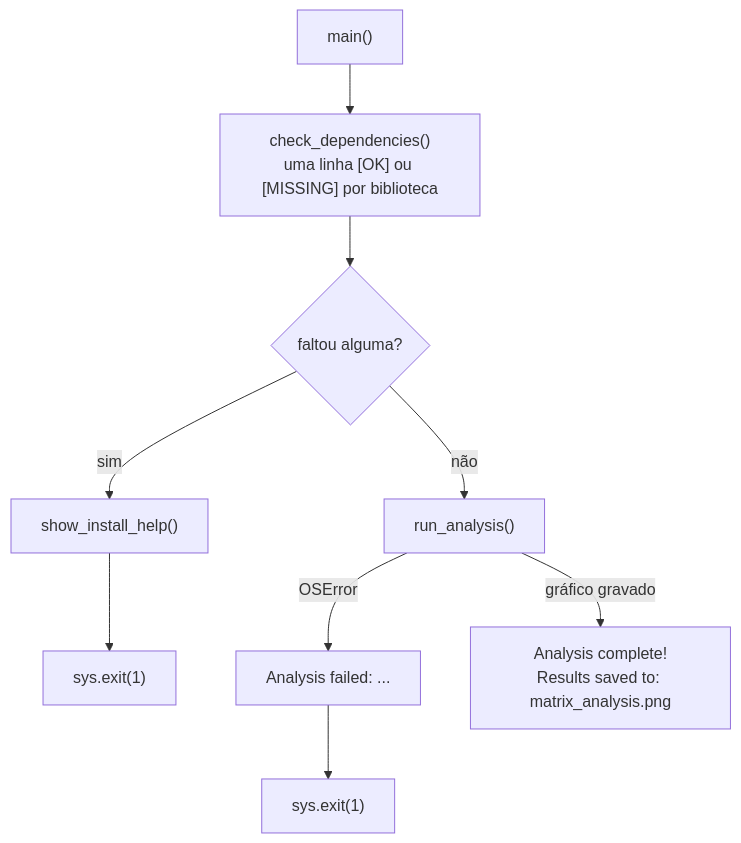
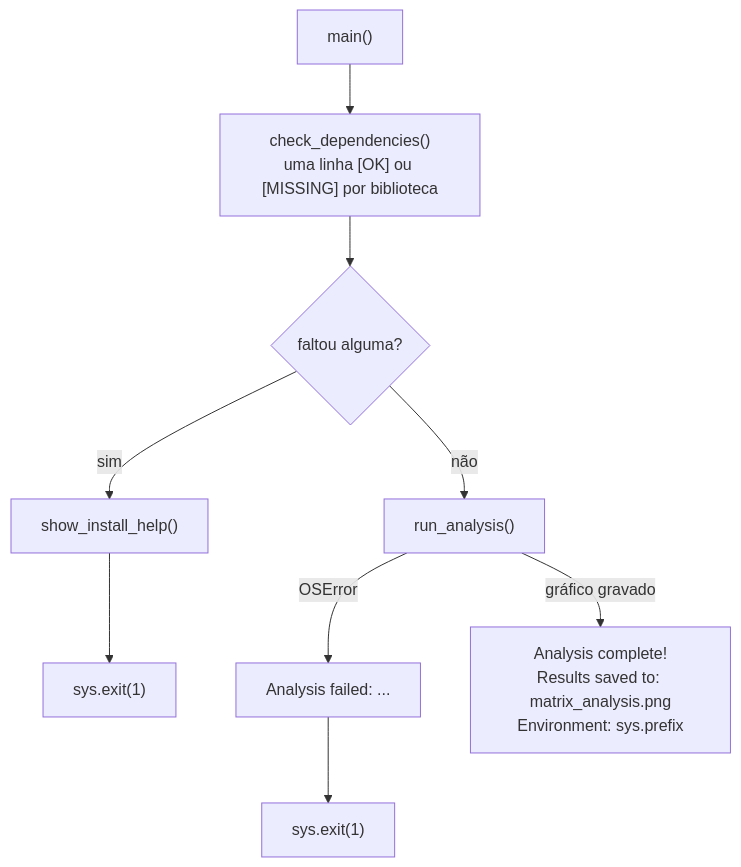
Before and after one commit to navegar-sistemas/dojo: the diagram in python/python-modulo-08/tutorial/docs/04-ex1/08-o-main.md, drawn with Mermaid. The commit also changed other lines of this file and 44 other files, not shown here.

````diff
--- a/python/python-modulo-08/tutorial/docs/04-ex1/08-o-main.md
+++ b/python/python-modulo-08/tutorial/docs/04-ex1/08-o-main.md
@@ -36,9 +38,9 @@
 ```mermaid
 flowchart TD
     start["main()"] --> check["check_dependencies()<br/>uma linha [OK] ou [MISSING] por biblioteca"]
     check --> q{"faltou alguma?"}
     q -->|sim| help["show_install_help()"] --> exit1["sys.exit(1)"]
     q -->|não| run["run_analysis()"]
     run -->|OSError| fail["Analysis failed: ..."] --> exit1b["sys.exit(1)"]
-    run -->|gráfico gravado| done["Analysis complete!<br/>Results saved to: matrix_analysis.png"]
+    run -->|gráfico gravado| done["Analysis complete!<br/>Results saved to: matrix_analysis.png<br/>Environment: sys.prefix"]
 ```
````
